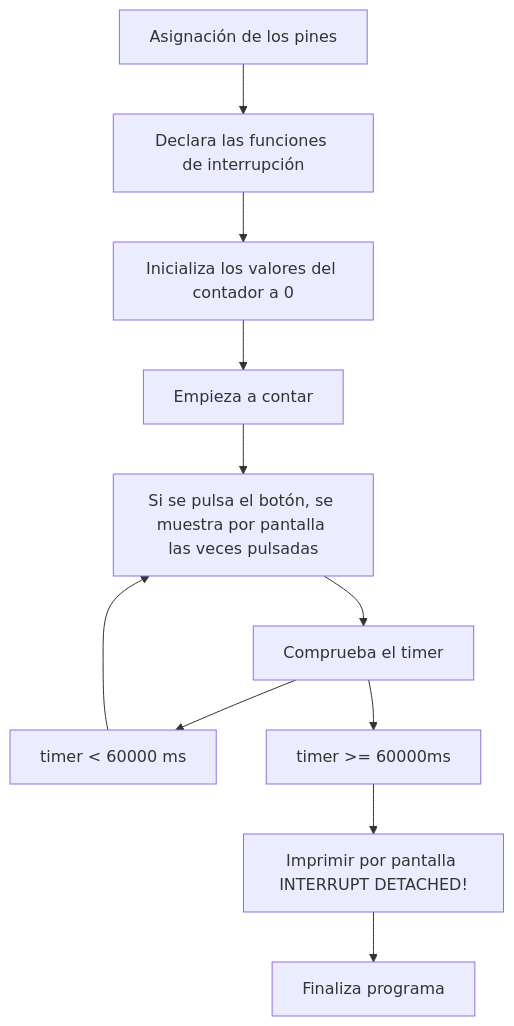
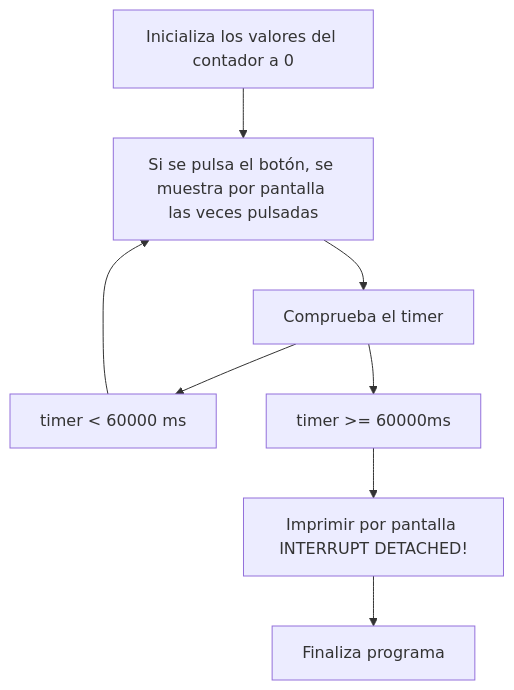
Before and after one commit to ona03/PD_P2: the first of 2 diagrams in informe.md, drawn with Mermaid. The commit also changed other lines of this file and 1 other file, not shown here.

Commit message:
informe10

````diff
--- a/informe.md
+++ b/informe.md
@@ -69,13 +67,10 @@
 ```mermaid
 
-flowchart TD;
-    A[Asignación de los pines] -->B[Declara las funciones de interrupción];    
-    B-->G[Inicializa los valores del contador a 0];
-    G-->H[Empieza a contar];
-    H-->I[Si se pulsa el botón, se muestra por pantalla las veces pulsadas];
+flowchart TD;  
+    G[Inicializa los valores del contador a 0]-->I[Si se pulsa el botón, se muestra por pantalla las veces pulsadas];
     I-->J[Comprueba el timer];
     J-->K[timer < 60000 ms]-->I;
     J-->L[timer >= 60000ms];
     L-->M[Imprimir por pantalla INTERRUPT DETACHED!];
     M-->N[Finaliza programa];
 ```
````
